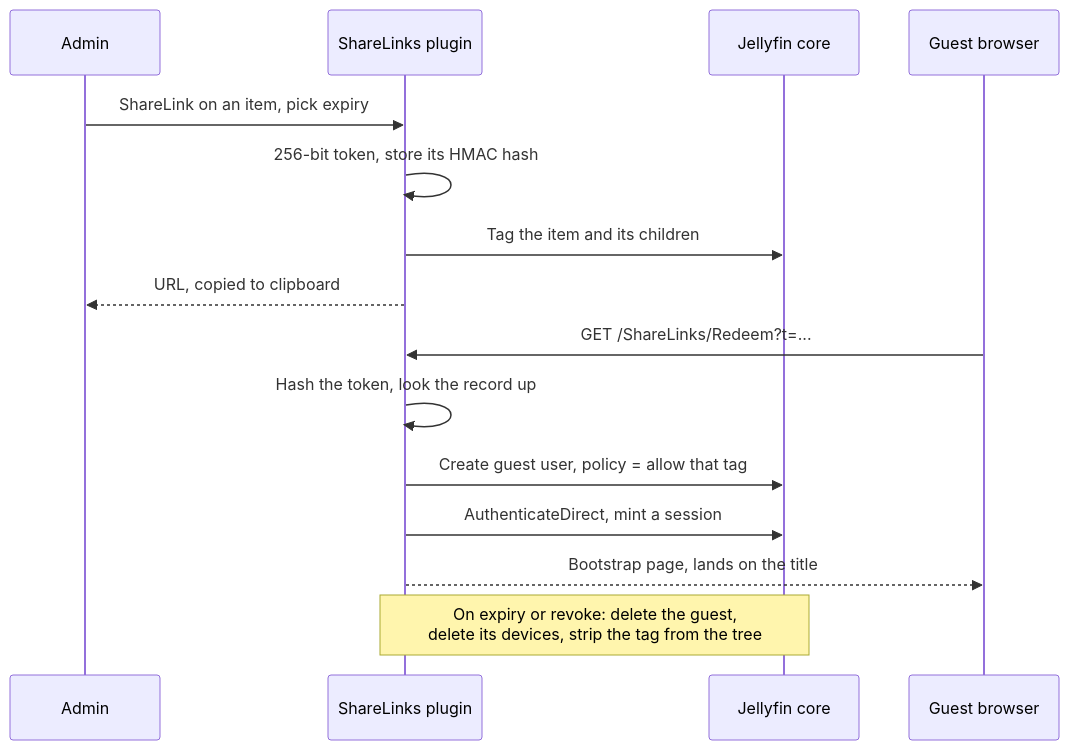
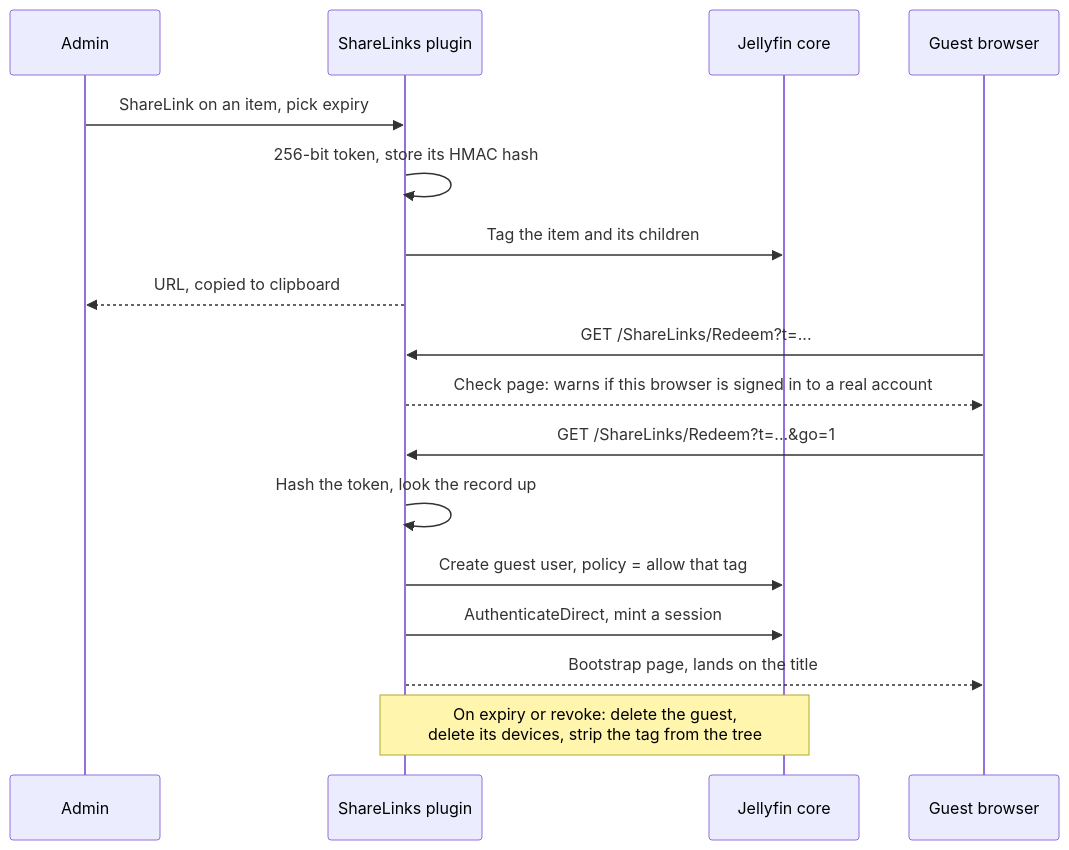
One commit to Franciskid/jellyfin-plugin-sharelinks changed the diagram in README.md. Above: the diagram before and after it, drawn with Mermaid. The commit also changed other lines of this file and 12 other files, not shown here.

First line of the commit message:
Warn before a link replaces a signed-in account, fix stuck guests, and add the script through File Transformation (#29)

````diff
--- a/README.md
+++ b/README.md
@@ -55,17 +55,19 @@
 ```mermaid
 sequenceDiagram
   participant A as Admin
   participant P as ShareLinks plugin
   participant J as Jellyfin core
   participant G as Guest browser
   A->>P: ShareLink on an item, pick expiry
   P->>P: 256-bit token, store its HMAC hash
   P->>J: Tag the item and its children
   P-->>A: URL, copied to clipboard
   G->>P: GET /ShareLinks/Redeem?t=...
+  P-->>G: Check page: warns if this browser is signed in to a real account
+  G->>P: GET /ShareLinks/Redeem?t=...&go=1
   P->>P: Hash the token, look the record up
   P->>J: Create guest user, policy = allow that tag
   P->>J: AuthenticateDirect, mint a session
   P-->>G: Bootstrap page, lands on the title
   Note over P,J: On expiry or revoke: delete the guest,<br/>delete its devices, strip the tag from the tree
 ```
````
